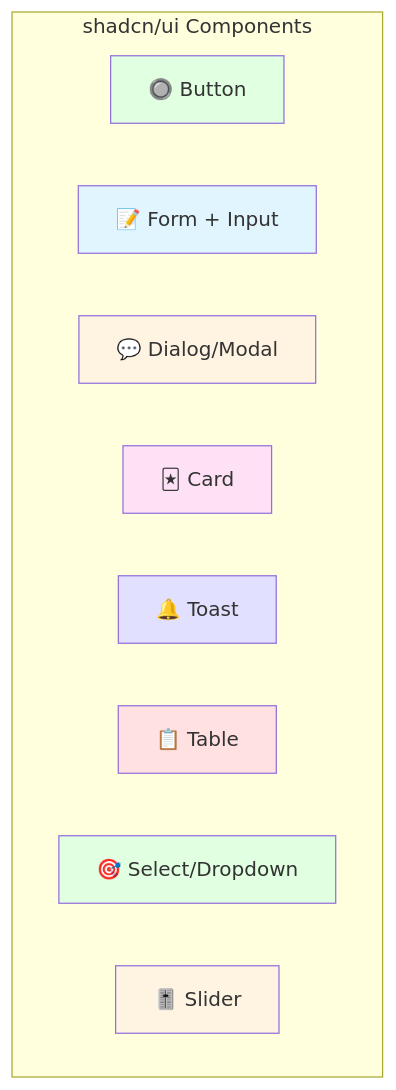
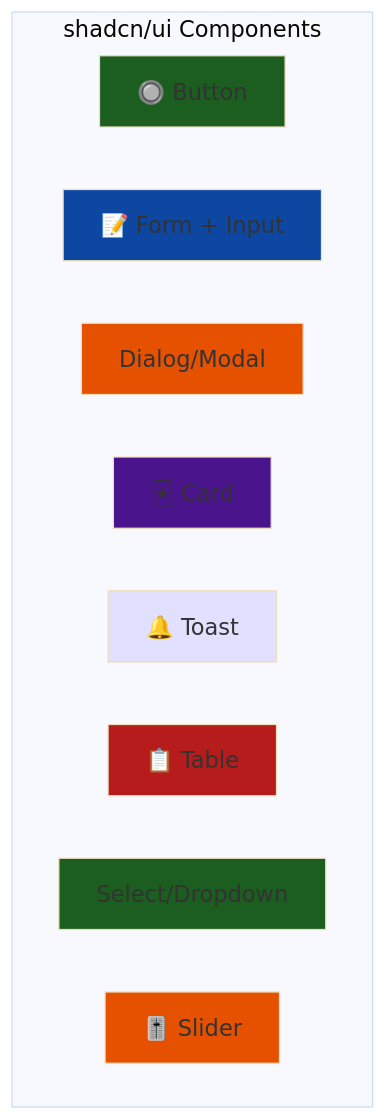
Before and after one commit to Ai-Whisperers/Courses-Content: the seventh of 12 diagrams in courses/🟡-development/FPUNA-2026/01-DESARROLLO-SOFTWARE/especializaciones/web-development/04-diseno-ui-ux.md, drawn with Mermaid. The commit also changed other lines of this file and 47 other files, not shown here.

First line of the commit message:
fix: Make all 473 diagrams WCAG AAA accessible (FPUNA-2026)

````diff
--- a/courses/🟡-development/FPUNA-2026/01-DESARROLLO-SOFTWARE/especializaciones/web-development/04-diseno-ui-ux.md
+++ b/courses/🟡-development/FPUNA-2026/01-DESARROLLO-SOFTWARE/especializaciones/web-development/04-diseno-ui-ux.md
@@ -698,22 +704,23 @@
 ```mermaid
+%%{init: {'theme':'base', 'themeVariables': {'fontSize':'18px'}}}%%
 graph TD
     subgraph "shadcn/ui Components"
         A[🔘 Button]
         B[📝 Form + Input]
-        C[💬 Dialog/Modal]
+        C[Dialog/Modal]
         D[🃏 Card]
         E[🔔 Toast]
         F[📋 Table]
-        G[🎯 Select/Dropdown]
+        G[Select/Dropdown]
         H[🎚️ Slider]
     end
     
-    style A fill:#E1FFE1
-    style B fill:#E1F5FF
-    style C fill:#FFF4E1
-    style D fill:#FFE1F5
+    style A fill:#1b5e20
+    style B fill:#0d47a1
+    style C fill:#e65100
+    style D fill:#4a148c
     style E fill:#E1E1FF
-    style F fill:#FFE1E1
-    style G fill:#E1FFE1
-    style H fill:#FFF4E1
+    style F fill:#b71c1c
+    style G fill:#1b5e20
+    style H fill:#e65100
 ```
````
